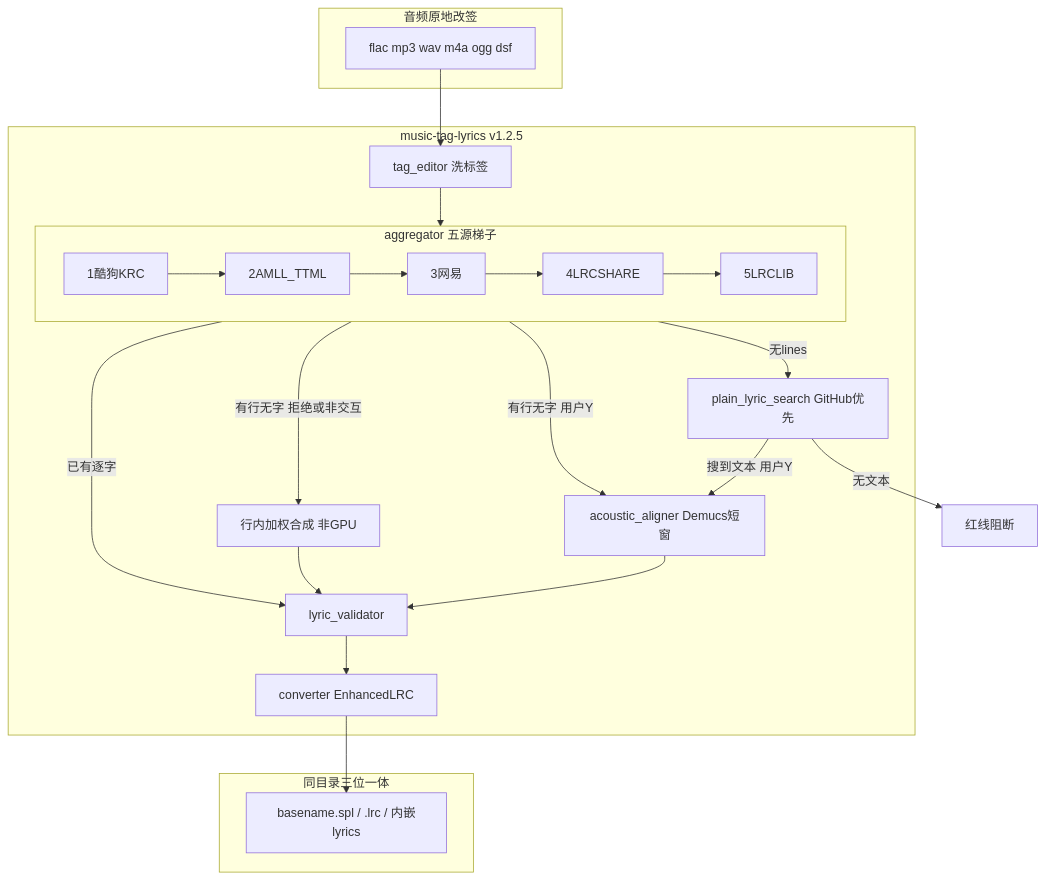
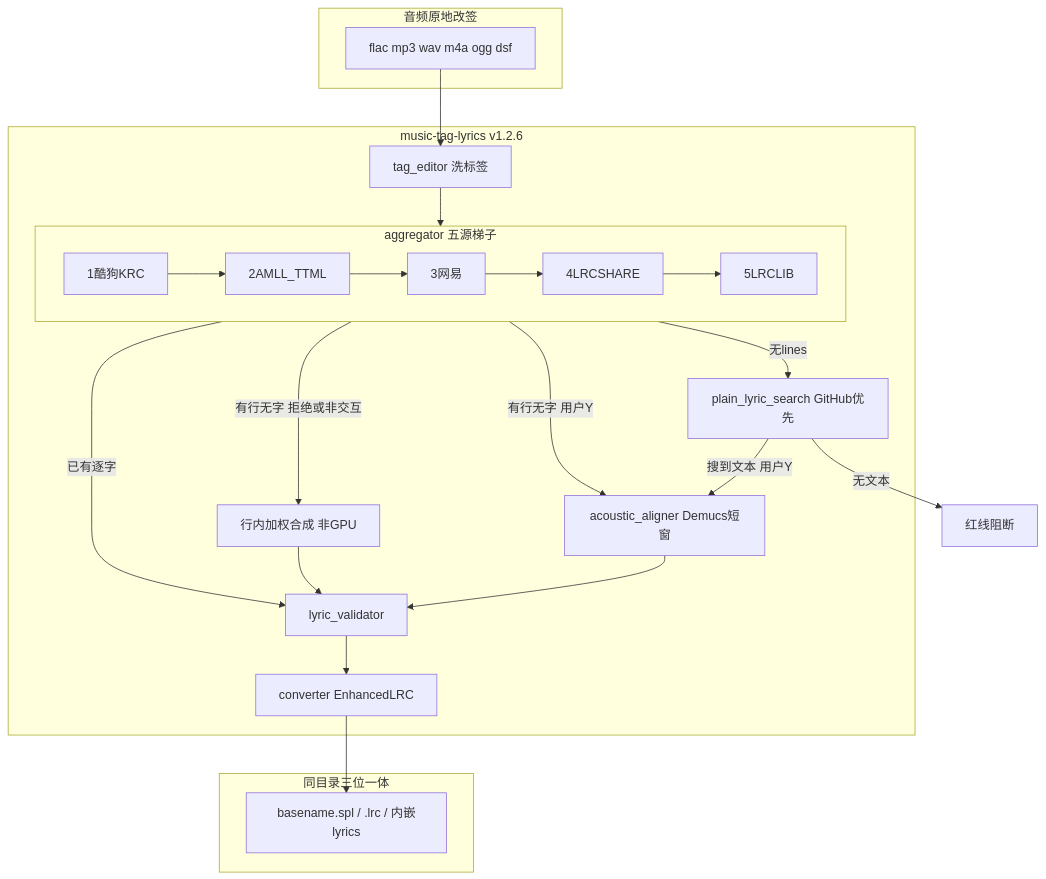
The first of 2 diagrams in README.md (sxsxhhi/music-tag-lyrics), drawn with Mermaid before and after one commit. The commit also changed other lines of this file and 8 other files, not shown here.

````diff
--- a/README.md
+++ b/README.md
@@ -60,35 +62,35 @@
 ```mermaid
 flowchart TD
   subgraph host [音频原地改签]
     Audio[flac mp3 wav m4a ogg dsf]
   end
-  subgraph skill [music-tag-lyrics v1.2.5]
+  subgraph skill [music-tag-lyrics v1.2.6]
     Tags[tag_editor 洗标签]
     subgraph agg [aggregator 五源梯子]
       Kugou[1酷狗KRC]
       Amll[2AMLL_TTML]
       Netease[3网易]
       Lrcs[4LRCSHARE]
       Lrclib[5LRCLIB]
       Kugou --> Amll --> Netease --> Lrcs --> Lrclib
     end
     Valid[lyric_validator]
     Conv[converter EnhancedLRC]
     GPU[acoustic_aligner Demucs短窗]
     Synth[行内加权合成 非GPU]
     Search[plain_lyric_search GitHub优先]
   end
   subgraph out [同目录三位一体]
     Files["basename.spl / .lrc / 内嵌lyrics"]
   end
   Audio --> Tags --> agg
   agg -->|已有逐字| Valid
   agg -->|有行无字 用户Y| GPU
   agg -->|有行无字 拒绝或非交互| Synth
   agg -->|无lines| Search
   Search -->|搜到文本 用户Y| GPU
   Search -->|无文本| Block[红线阻断]
   GPU --> Valid
   Synth --> Valid
   Valid --> Conv --> Files
 ```
````
